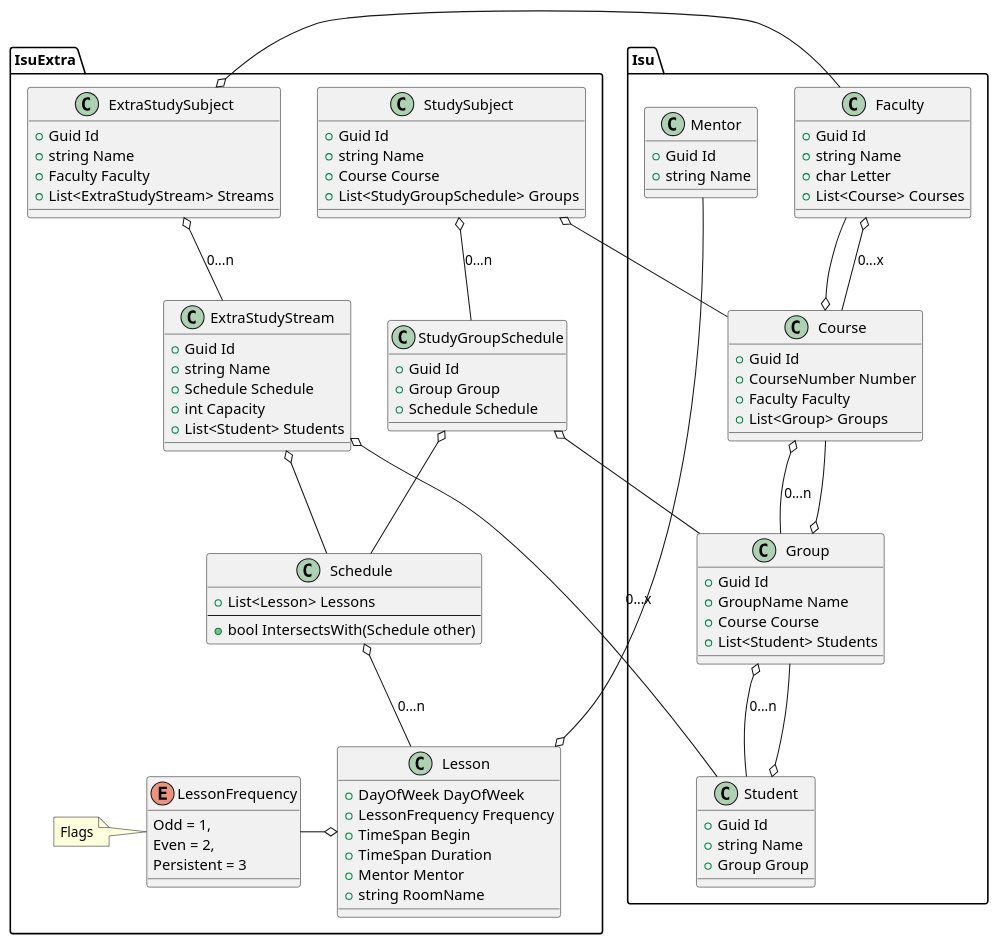
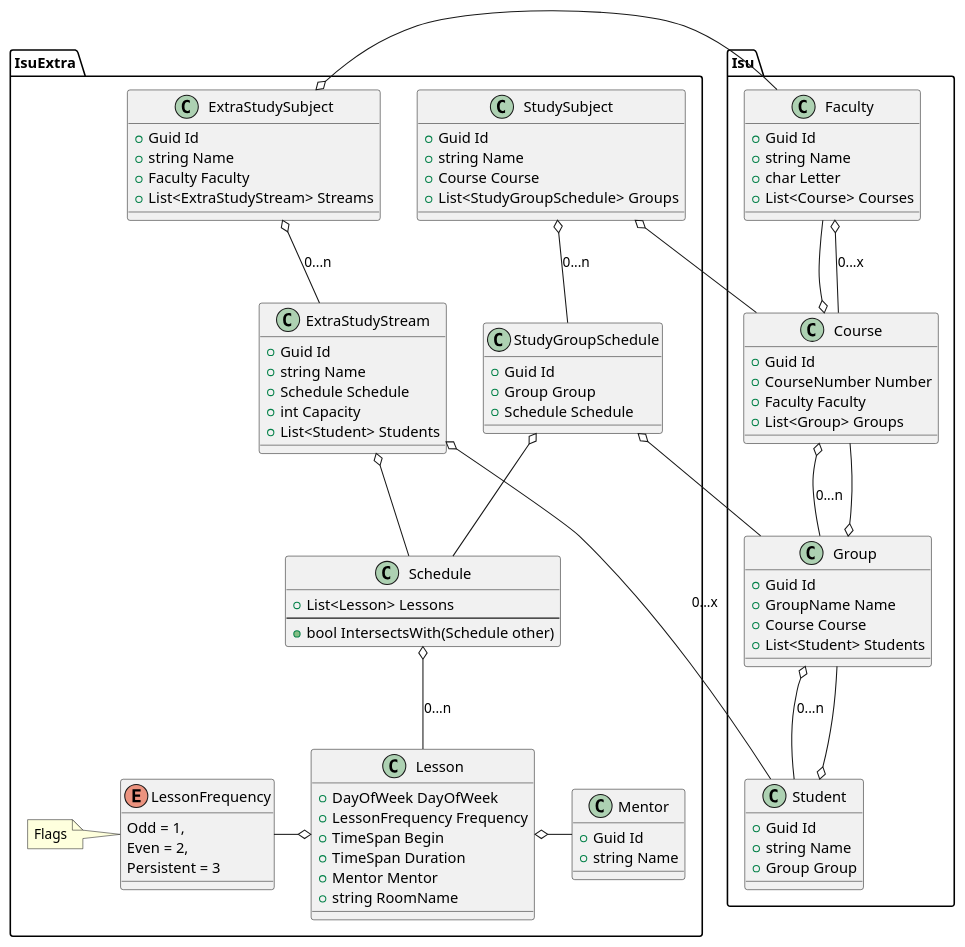
Before and after one commit to ronimizy/OopLabs: the diagram in IsuExtra/Docs/Classes.puml, drawn with PlantUML. The commit also changed 4 other files, not shown here.

Commit message:
refactor: moved Mentor entity to the IsuExtra

```diff
--- a/IsuExtra/Docs/Classes.puml
+++ b/IsuExtra/Docs/Classes.puml
@@ -1,131 +1,131 @@
 @startuml
 'https://plantuml.com/class-diagram
 
 set namespaceSeparator .
-
-class Isu.Mentor 
-{
-    + Guid Id
-    + string Name
-}
 
 class Isu.Student
 {
     + Guid Id
     + string Name
     + Group Group
 }
 
 class Isu.Group
 {
     + Guid Id
     + GroupName Name
     + Course Course
     + List<Student> Students
 }
 
 class Isu.Course 
 {
     + Guid Id
     + CourseNumber Number
     + Faculty Faculty
     + List<Group> Groups
 }
 
 class Isu.Faculty 
 {
     + Guid Id
     + string Name
     + char Letter
     + List<Course> Courses
 }
 
 note "Flags" as IsuExtra.Fl
+
+class IsuExtra.Mentor 
+{
+    + Guid Id
+    + string Name
+}
 
 enum IsuExtra.LessonFrequency
 {
     Odd = 1, 
     Even = 2, 
     Persistent = 3
 }
 
 class IsuExtra.Lesson 
 {
     + DayOfWeek DayOfWeek
     + LessonFrequency Frequency
     + TimeSpan Begin
     + TimeSpan Duration
     + Mentor Mentor
     + string RoomName
 }
 
 class IsuExtra.Schedule
 {
     + List<Lesson> Lessons
     --
     + bool IntersectsWith(Schedule other)
 }
 
 class IsuExtra.ExtraStudyStream 
 {
     + Guid Id
     + string Name
     + Schedule Schedule
     + int Capacity
     + List<Student> Students
 }
 
 class IsuExtra.ExtraStudySubject
 {
     + Guid Id
     + string Name
     + Faculty Faculty
     + List<ExtraStudyStream> Streams
 }
 
 class IsuExtra.StudyGroupSchedule
 {
     + Guid Id
     + Group Group
     + Schedule Schedule
 }
 
 class IsuExtra.StudySubject
 {
     + Guid Id
     + string Name
     + Course Course
     + List<StudyGroupSchedule> Groups
 }
 
 
 '
 '
 '
 
 
 Isu.Group -up-o Isu.Student
 Isu.Group o-down- Isu.Student: 0...n
 
 Isu.Course -up-o Isu.Group
 Isu.Course o-down- Isu.Group: 0...n
 
 Isu.Course o-up- Isu.Faculty
 Isu.Faculty o-down- Isu.Course: 0...x
 
-Isu.Mentor -left-o IsuExtra.Lesson
+IsuExtra.Mentor -left-o IsuExtra.Lesson
 IsuExtra.Fl .right. IsuExtra.LessonFrequency 
 IsuExtra.LessonFrequency -right-o IsuExtra.Lesson
 IsuExtra.Schedule o-- IsuExtra.Lesson: 0...n
 
 IsuExtra.StudyGroupSchedule o-- IsuExtra.Schedule
 IsuExtra.StudyGroupSchedule o-- Isu.Group
 IsuExtra.StudySubject o-- Isu.Course
 IsuExtra.StudySubject o-- IsuExtra.StudyGroupSchedule: 0...n
 
 IsuExtra.ExtraStudyStream o-- IsuExtra.Schedule
 IsuExtra.ExtraStudyStream o-- Isu.Student: 0...x
 IsuExtra.ExtraStudySubject o-- IsuExtra.ExtraStudyStream: 0...n
 IsuExtra.ExtraStudySubject o-left- Isu.Faculty
 
 @enduml
```
